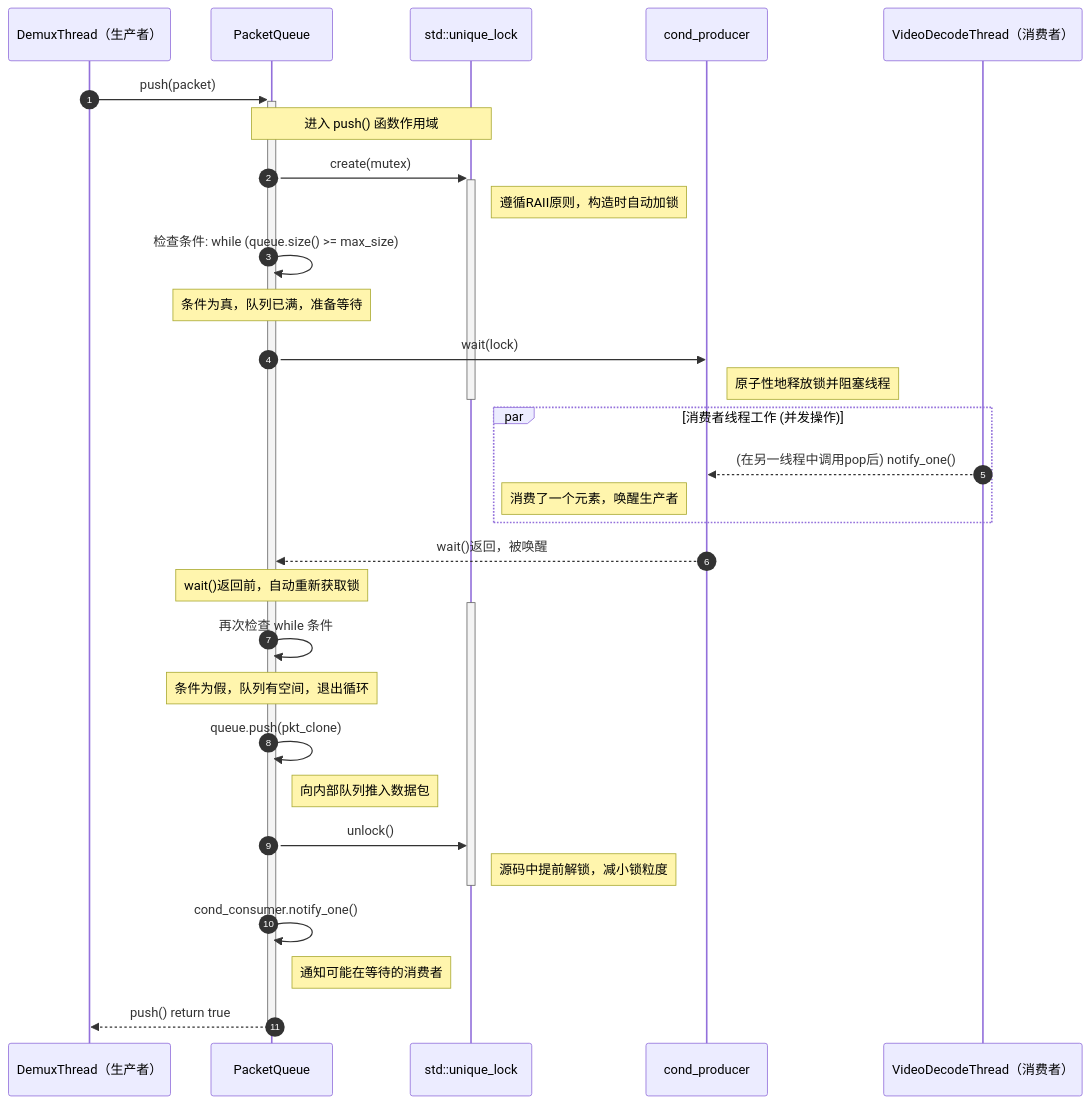
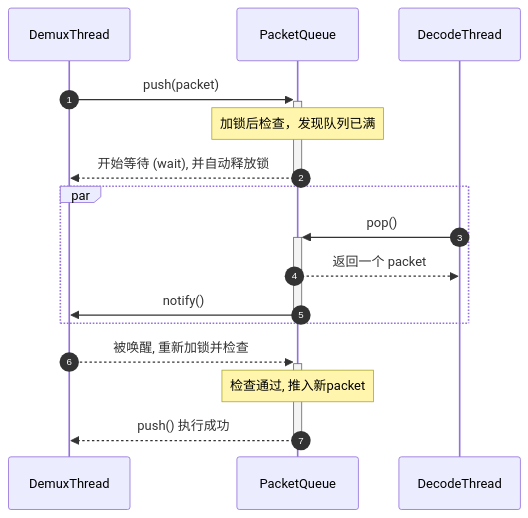
The diagram in docs/assets/pic4-queue_thread-producer_block.md (Ko-vey/SDLplayerCore), drawn with Mermaid before and after one commit. The commit also changed 5 other files, not shown here.

Commit message:
更新设计文档design.md的缓存队列插图文件

````diff
--- a/docs/assets/pic4-queue_thread-producer_block.md
+++ b/docs/assets/pic4-queue_thread-producer_block.md
@@ -2,46 +2,25 @@
 ```mermaid
 sequenceDiagram
     autonumber
-    participant Producer as DemuxThread（生产者）
+    participant Producer as DemuxThread
     participant Queue as PacketQueue
-    participant Lock as std::unique_lock
-    participant CondProducer as cond_producer
+    participant Consumer as DecodeThread
 
     Producer->>+Queue: push(packet)
+    note over Queue: 加锁后检查，发现队列已满
 
-    note over Queue, Lock: 进入 push() 函数作用域
-    Queue->>+Lock: create(mutex)
-    note right of Lock: 遵循RAII原则，构造时自动加锁
+    Queue-->>-Producer: 开始等待 (wait), 并自动释放锁
 
-    Queue->>Queue: 检查条件: while (queue.size() >= max_size)
-    note over Queue: 条件为真，队列已满，准备等待
-
-    Queue->>CondProducer: wait(lock)
-    note right of CondProducer: 原子性地释放锁并阻塞线程
-    deactivate Lock
-
-    par 消费者线程工作 (并发操作)
-        participant Consumer as VideoDecodeThread（消费者）
-        Consumer-->>CondProducer: (在另一线程中调用pop后) notify_one()
-        note left of CondProducer: 消费了一个元素，唤醒生产者
+    par
+        % 正常消费
+        Consumer->>+Queue: pop()
+        Queue-->>Consumer: 返回一个 packet
+        % 通知生产者有空位了
+        Queue->>-Producer: notify()
     end
 
-    CondProducer-->>Queue: wait()返回，被唤醒
-    note over Queue: wait()返回前，自动重新获取锁
-    activate Lock
+    Producer-->>+Queue: 被唤醒, 重新加锁并检查
+    note over Queue: 检查通过, 推入新packet
 
-    Queue->>Queue: 再次检查 while 条件
-    note over Queue: 条件为假，队列有空间，退出循环
-
-    Queue->>Queue: queue.push(pkt_clone)
-    note right of Queue: 向内部队列推入数据包
-
-    Queue->>Lock: unlock()
-    note right of Lock: 源码中提前解锁，减小锁粒度
-    deactivate Lock
-
-    Queue->>Queue: cond_consumer.notify_one()
-    note right of Queue: 通知可能在等待的消费者
-
-    Queue-->>-Producer: push() return true
+    Queue-->>-Producer: push() 执行成功
 ```
````
